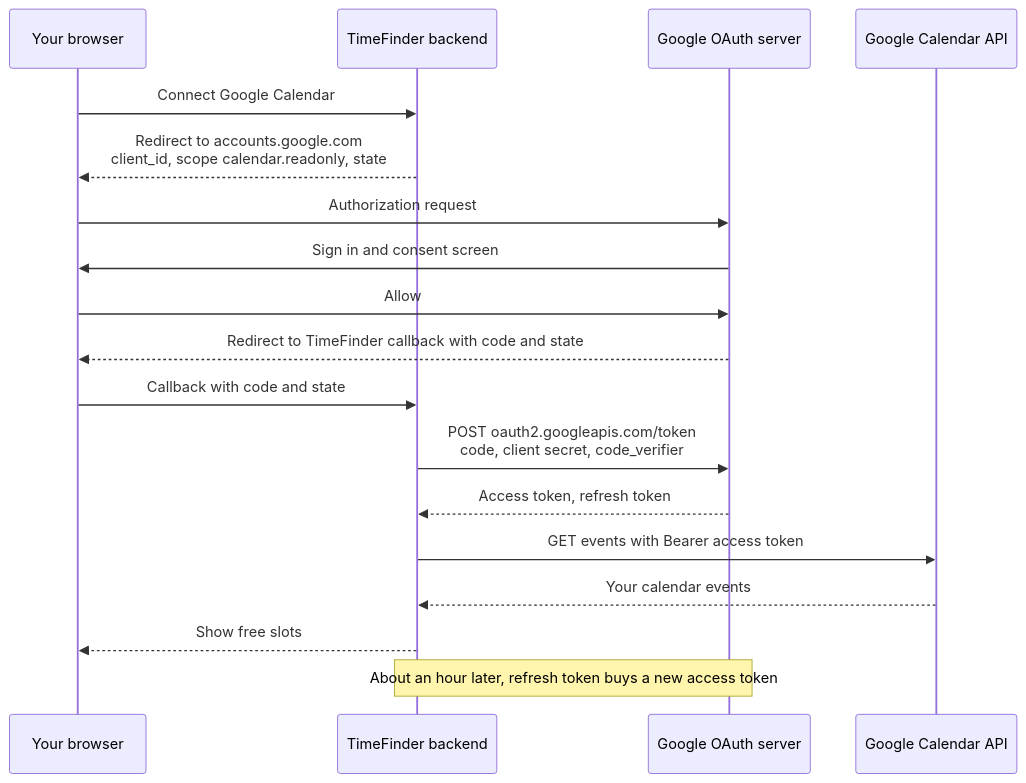
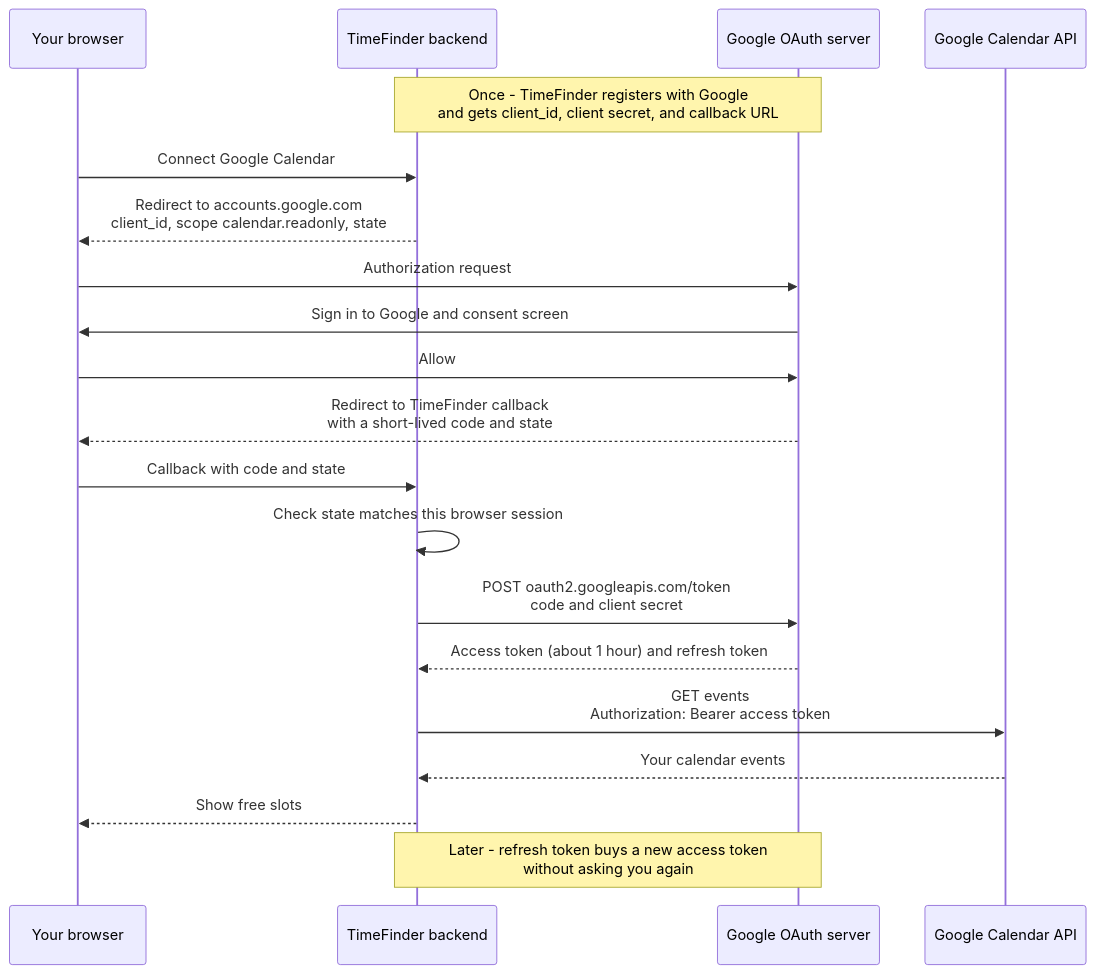
The first of 5 diagrams in cheatsheets/oauth.md (fsw0422/sd-handbook), drawn with Mermaid before and after one commit. The commit also changed other lines of this file and 1 other file, not shown here.

First line of the commit message:
docs: simplify the OAuth cheat sheet around diagrams

````diff
--- a/cheatsheets/oauth.md
+++ b/cheatsheets/oauth.md
@@ -92,21 +17,23 @@
 ```mermaid
 sequenceDiagram
     participant U as Your browser
     participant T as TimeFinder backend
     participant G as Google OAuth server
     participant API as Google Calendar API
 
+    Note over T,G: Once - TimeFinder registers with Google<br/>and gets client_id, client secret, and callback URL
     U->>T: Connect Google Calendar
     T-->>U: Redirect to accounts.google.com<br/>client_id, scope calendar.readonly, state
     U->>G: Authorization request
-    G->>U: Sign in and consent screen
+    G->>U: Sign in to Google and consent screen
     U->>G: Allow
-    G-->>U: Redirect to TimeFinder callback with code and state
+    G-->>U: Redirect to TimeFinder callback<br/>with a short-lived code and state
     U->>T: Callback with code and state
-    T->>G: POST oauth2.googleapis.com/token<br/>code, client secret, code_verifier
-    G-->>T: Access token, refresh token
-    T->>API: GET events with Bearer access token
+    T->>T: Check state matches this browser session
+    T->>G: POST oauth2.googleapis.com/token<br/>code and client secret
+    G-->>T: Access token (about 1 hour) and refresh token
+    T->>API: GET events<br/>Authorization: Bearer access token
     API-->>T: Your calendar events
     T-->>U: Show free slots
-    Note over T,G: About an hour later, refresh token buys a new access token
+    Note over T,G: Later - refresh token buys a new access token<br/>without asking you again
 ```
````
